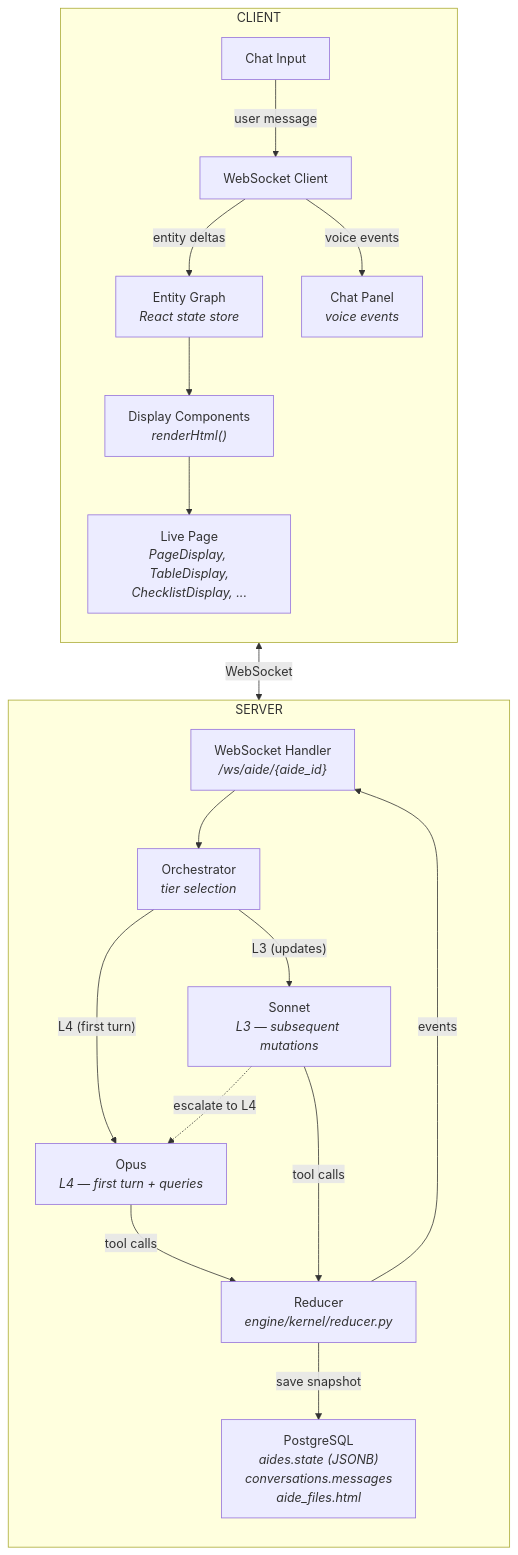
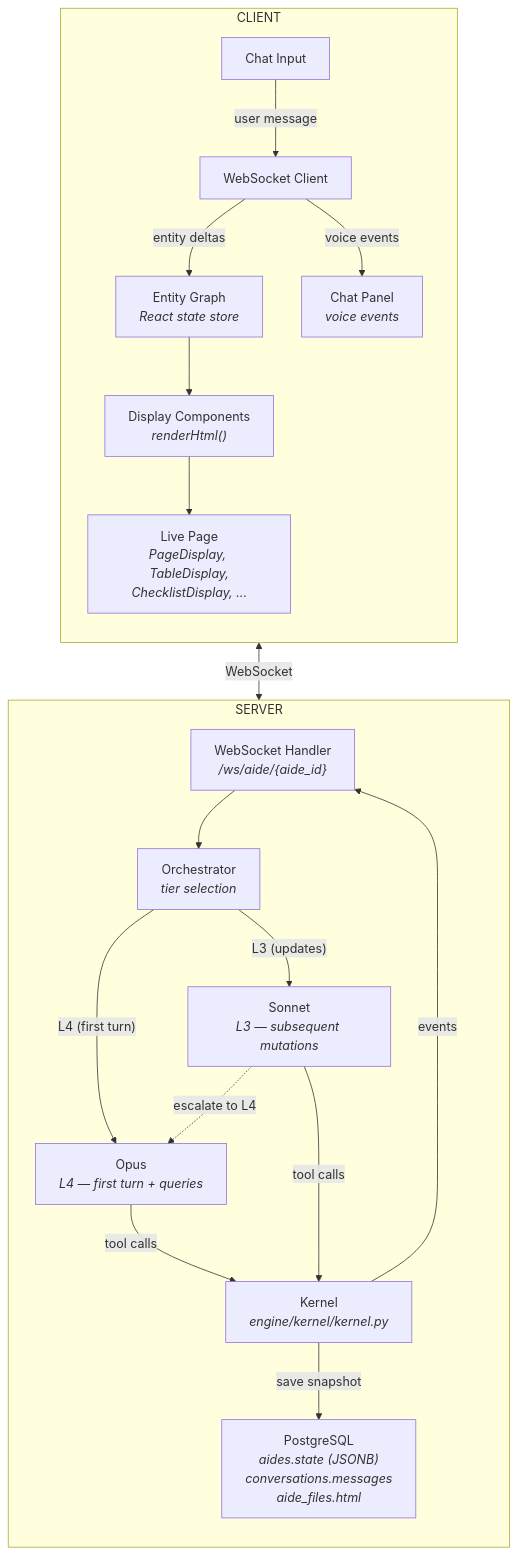
Before and after one commit to zcancio/aide: the diagram in docs/eng_design/aide_architecture.mmd, drawn with Mermaid. The commit also changed 15 other files, not shown here.

First line of the commit message:
docs: rename reducer to kernel across documentation

```diff
--- a/docs/eng_design/aide_architecture.mmd
+++ b/docs/eng_design/aide_architecture.mmd
@@ -1,41 +1,41 @@
 graph TD
     subgraph CLIENT["CLIENT"]
         direction TB
         INPUT["Chat Input"]
         WS_CLIENT["WebSocket Client"]
         CHAT["Chat Panel<br/><i>voice events</i>"]
         GRAPH["Entity Graph<br/><i>React state store</i>"]
         RENDERER["Display Components<br/><i>renderHtml()</i>"]
         PAGE["Live Page<br/><i>PageDisplay, TableDisplay,<br/>ChecklistDisplay, ...</i>"]
 
         INPUT -->|"user message"| WS_CLIENT
         WS_CLIENT -->|"entity deltas"| GRAPH
         WS_CLIENT -->|"voice events"| CHAT
         GRAPH --> RENDERER
         RENDERER --> PAGE
     end
 
     subgraph SERVER["SERVER"]
         direction TB
         WS_SERVER["WebSocket Handler<br/><i>/ws/aide/{aide_id}</i>"]
         ORCH["Orchestrator<br/><i>tier selection</i>"]
 
         OPUS["Opus<br/><i>L4 — first turn + queries</i>"]
         SONNET["Sonnet<br/><i>L3 — subsequent mutations</i>"]
 
-        REDUCER["Reducer<br/><i>engine/kernel/reducer.py</i>"]
+        KERNEL["Kernel<br/><i>engine/kernel/kernel.py</i>"]
         DB["PostgreSQL<br/><i>aides.state (JSONB)<br/>conversations.messages<br/>aide_files.html</i>"]
 
         WS_SERVER --> ORCH
         ORCH -->|"L4 (first turn)"| OPUS
         ORCH -->|"L3 (updates)"| SONNET
 
-        OPUS -->|"tool calls"| REDUCER
-        SONNET -->|"tool calls"| REDUCER
+        OPUS -->|"tool calls"| KERNEL
+        SONNET -->|"tool calls"| KERNEL
         SONNET -.->|"escalate to L4"| OPUS
 
-        REDUCER -->|"save snapshot"| DB
-        REDUCER -->|"events"| WS_SERVER
+        KERNEL -->|"save snapshot"| DB
+        KERNEL -->|"events"| WS_SERVER
     end
 
     WS_CLIENT <-->|"WebSocket"| WS_SERVER
```
